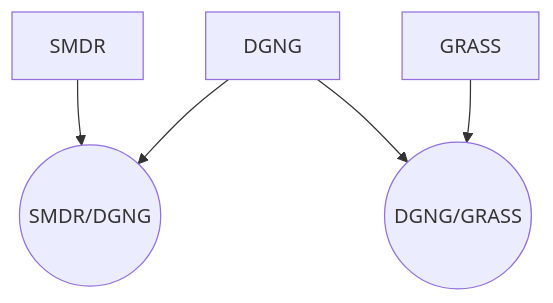
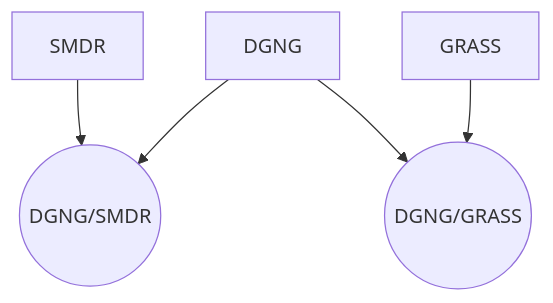
The second of 2 diagrams in README.md (Dugong-Ecosystem/Dugong), drawn with Mermaid before and after one commit.

````diff
--- a/README.md
+++ b/README.md
@@ -39,7 +39,7 @@
 ```mermaid
   graph TD;
-    SMDR-->LP-1((SMDR/DGNG));
+    SMDR-->LP-1((DGNG/SMDR));
     DGNG-->LP-2((DGNG/GRASS));
-    DGNG-->LP-1((SMDR/DGNG));
+    DGNG-->LP-1((DGNG/SMDR));
     GRASS-->LP-2((DGNG/GRASS));
 ```
````
